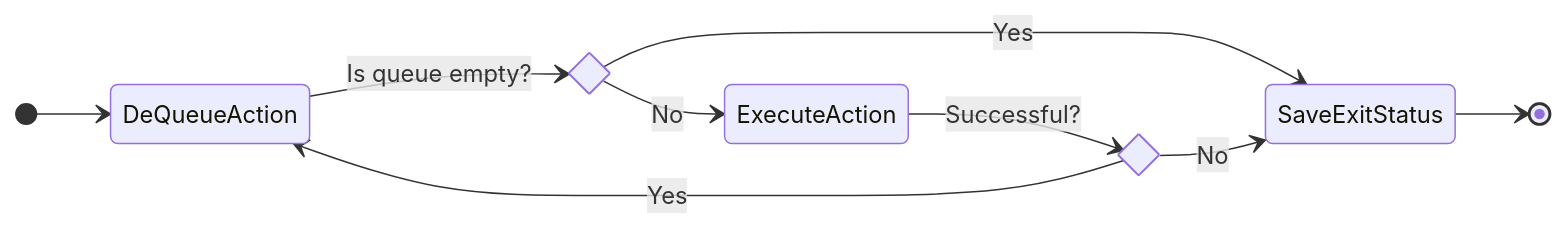
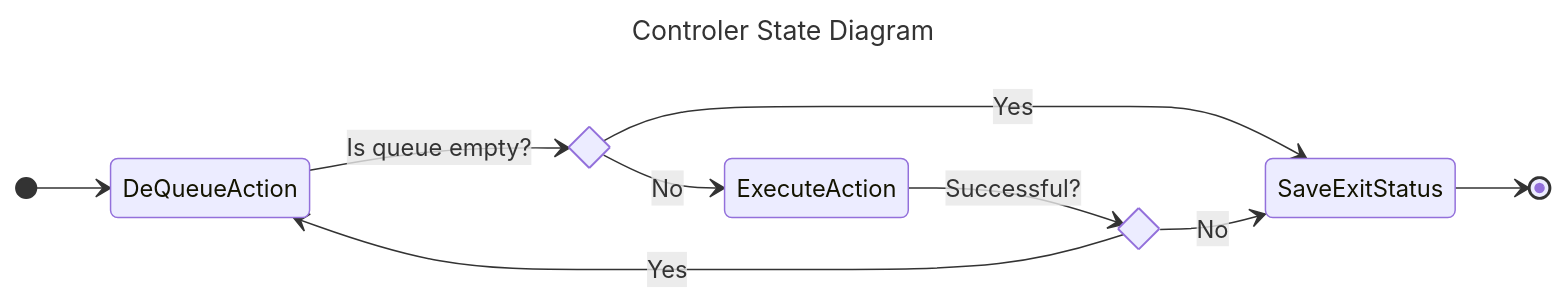
One commit to daviddans/GEI-FIC4-ROBO changed the diagram in Docs/ControllerFlowDiagram.mmd. Above: the diagram before and after it, drawn with Mermaid.

```diff
--- a/Docs/ControllerFlowDiagram.mmd
+++ b/Docs/ControllerFlowDiagram.mmd
@@ -1,23 +1,26 @@
+---
+title: Controler State Diagram
+---
 stateDiagram-v2
   direction LR
 
   [*] --> s1
 
   state "DeQueueAction" as s1
   state "ExecuteAction" as s2
   state "SaveExitStatus" as s10
 
   state s5 <<choice>>
   state s12 <<choice>>
 
   s1 --> s5 : Is queue empty?
 
   s5 --> s2 : No
   s5 --> s10 : Yes
 
   s2 --> s12 : Successful?
 
   s12 --> s1 : Yes
   s12 --> s10 : No
 
   s10 --> [*]
```
